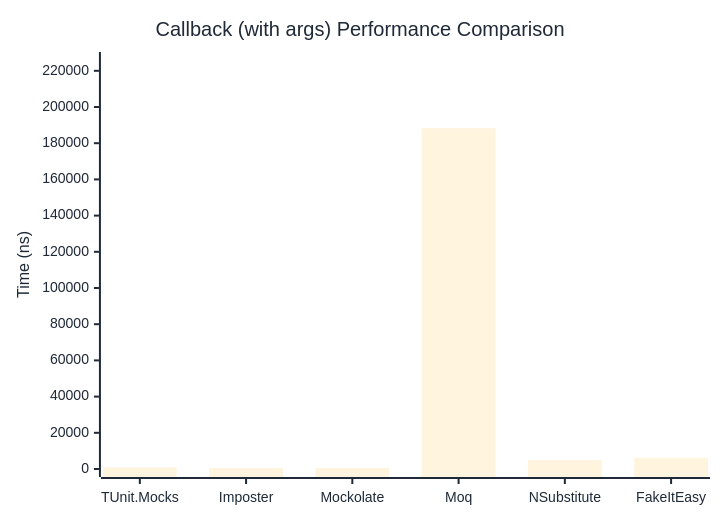
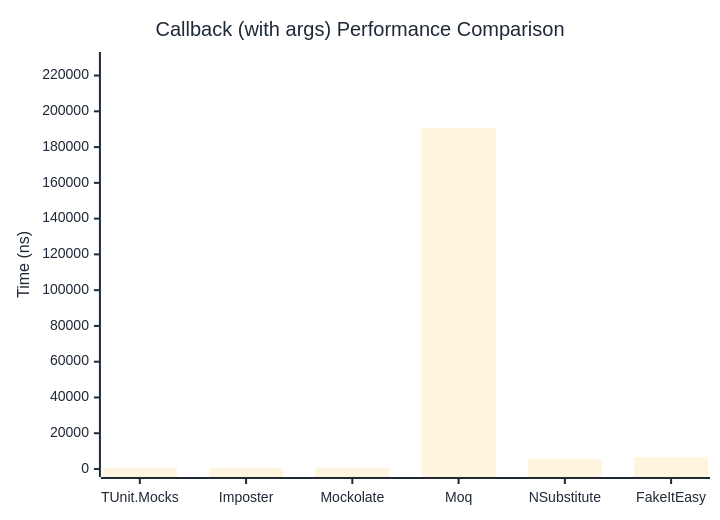
The second of 2 diagrams in docs/docs/benchmarks/mocks/Callback.md (thomhurst/TUnit), drawn with Mermaid before and after one commit. The commit also changed other lines of this file and 14 other files, not shown here.

````diff
--- a/docs/docs/benchmarks/mocks/Callback.md
+++ b/docs/docs/benchmarks/mocks/Callback.md
@@ -69,27 +69,27 @@
 ```mermaid
 %%{init: {
   'theme':'base',
   'themeVariables': {
     'primaryColor': '#2563eb',
     'primaryTextColor': '#1f2937',
     'primaryBorderColor': '#1e40af',
     'lineColor': '#6b7280',
     'secondaryColor': '#7c3aed',
     'tertiaryColor': '#dc2626',
     'background': '#ffffff',
     'pie1': '#2563eb',
     'pie2': '#7c3aed',
     'pie3': '#dc2626',
     'pie4': '#f59e0b',
     'pie5': '#10b981',
     'pie6': '#06b6d4',
     'pie7': '#ec4899',
     'pie8': '#6366f1'
   }
 }}%%
 xychart-beta
   title "Callback (with args) Performance Comparison"
   x-axis ["TUnit.Mocks", "Imposter", "Mockolate", "Moq", "NSubstitute", "FakeItEasy"]
-  y-axis "Time (ns)" 0 --> 225971
-  bar [845.2, 521.4, 634.8, 188308.8, 4931.6, 6191.6]
+  y-axis "Time (ns)" 0 --> 228695
+  bar [816.9, 541.3, 669.9, 190578.4, 5495.1, 6508.3]
 ```
````
